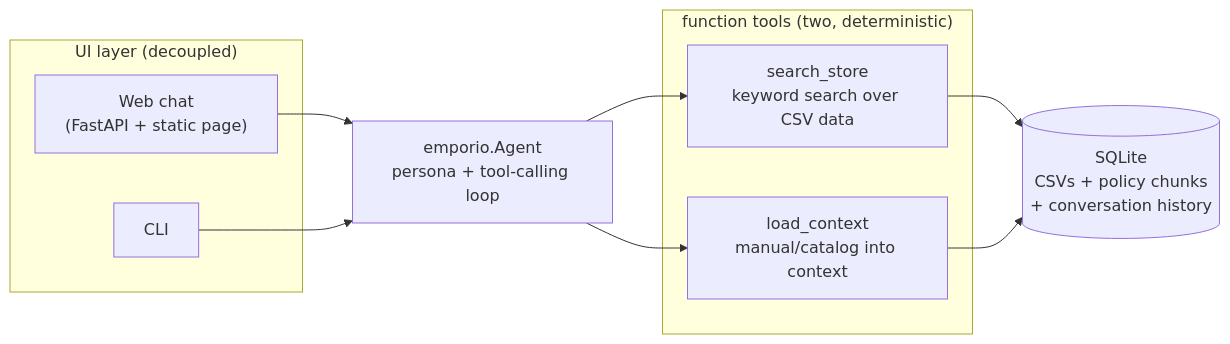
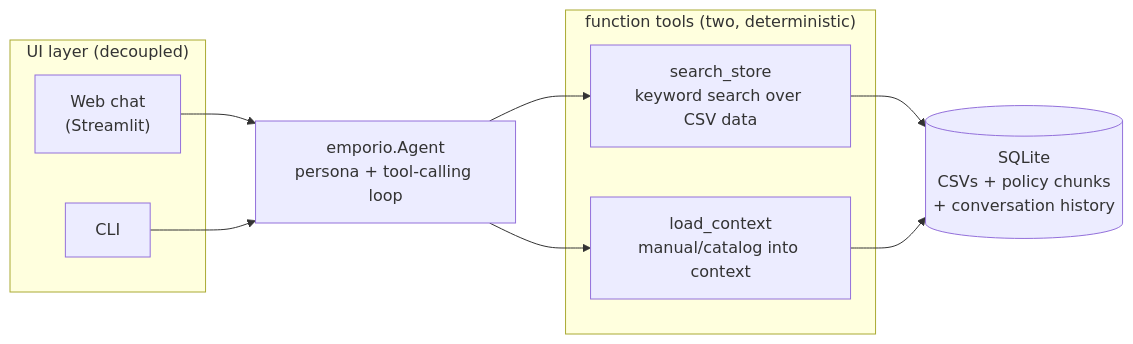
Before and after one commit to rbfcdog/artefact-store-agent: the diagram in README.md, drawn with Mermaid. The commit also changed other lines of this file and 8 other files, not shown here.

Commit message:
interface: web chat em streamlit conectado à api por http

````diff
--- a/README.md
+++ b/README.md
@@ -9,17 +9,17 @@
 ```mermaid
 flowchart LR
     subgraph UI["UI layer (decoupled)"]
-        W["Web chat<br/>(FastAPI + static page)"]
+        W["Web chat<br/>(Streamlit)"]
         C["CLI"]
     end
     A["emporio.Agent<br/>persona + tool-calling loop"]
     subgraph Tools["function tools (two, deterministic)"]
         P["search_store<br/>keyword search over CSV data"]
         R["load_context<br/>manual/catalog into context"]
     end
     DB[("SQLite<br/>CSVs + policy chunks<br/>+ conversation history")]
     W --> A
     C --> A
     A --> P & R
     P & R --> DB
 ```
````
